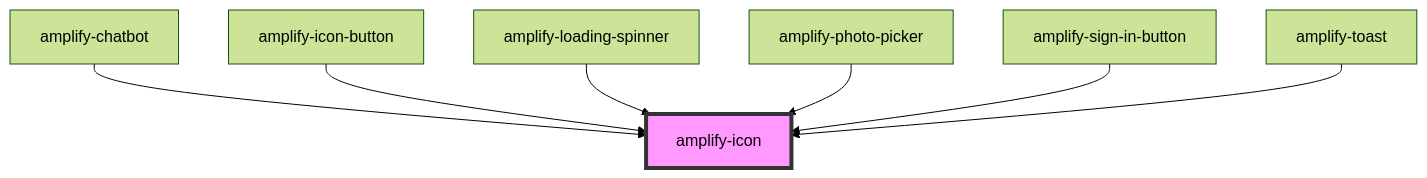
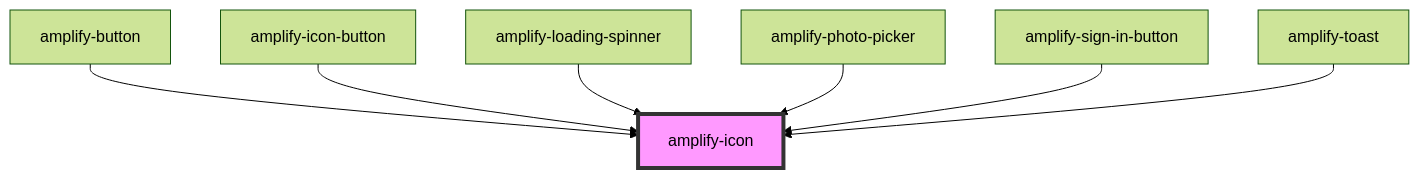
One commit to aws-amplify/amplify-js changed the diagram in packages/amplify-ui-components/src/components/amplify-icon/readme.md. Above: the diagram before and after it, drawn with Mermaid (forest theme). The commit also changed other lines of this file and 33 other files, not shown here.

Commit message:
Expose additional css variables and add icon variant to button

````diff
--- a/packages/amplify-ui-components/src/components/amplify-icon/readme.md
+++ b/packages/amplify-ui-components/src/components/amplify-icon/readme.md
@@ -25,10 +25,10 @@
 ```mermaid
 graph TD;
-  amplify-chatbot --> amplify-icon
+  amplify-button --> amplify-icon
   amplify-icon-button --> amplify-icon
   amplify-loading-spinner --> amplify-icon
   amplify-photo-picker --> amplify-icon
   amplify-sign-in-button --> amplify-icon
   amplify-toast --> amplify-icon
   style amplify-icon fill:#f9f,stroke:#333,stroke-width:4px
 ```
````
